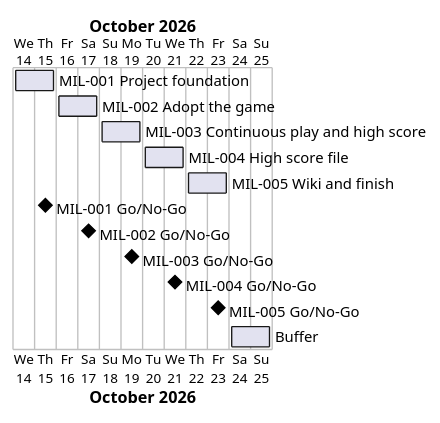
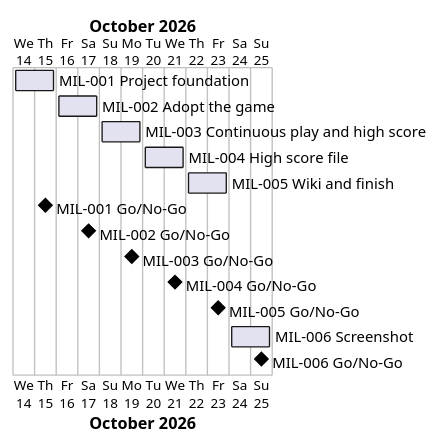
Before and after one commit to Tirsvad-Udemy-100-days-of-code/024-snake: the diagram in docs/project-plan.md, drawn with PlantUML. The commit also changed other lines of this file and 9 other files, not shown here.

Commit message:
Plan the screenshot: objective 13 and MIL-006, reviewed in RC-014 to RC-017

````diff
--- a/docs/project-plan.md
+++ b/docs/project-plan.md
@@ -42,16 +44,17 @@
 ```plantuml
 @startgantt
 Project starts 2026-10-14
 [MIL-001 Project foundation] starts 2026-10-14 and ends 2026-10-15
 [MIL-002 Adopt the game] starts 2026-10-16 and ends 2026-10-17
 [MIL-003 Continuous play and high score] starts 2026-10-18 and ends 2026-10-19
 [MIL-004 High score file] starts 2026-10-20 and ends 2026-10-21
 [MIL-005 Wiki and finish] starts 2026-10-22 and ends 2026-10-23
 [MIL-001 Go/No-Go] happens 2026-10-15
 [MIL-002 Go/No-Go] happens 2026-10-17
 [MIL-003 Go/No-Go] happens 2026-10-19
 [MIL-004 Go/No-Go] happens 2026-10-21
 [MIL-005 Go/No-Go] happens 2026-10-23
-[Buffer] starts 2026-10-24 and ends 2026-10-25
+[MIL-006 Screenshot] starts 2026-10-24 and ends 2026-10-25
+[MIL-006 Go/No-Go] happens 2026-10-25
 @endgantt
 ```
````
